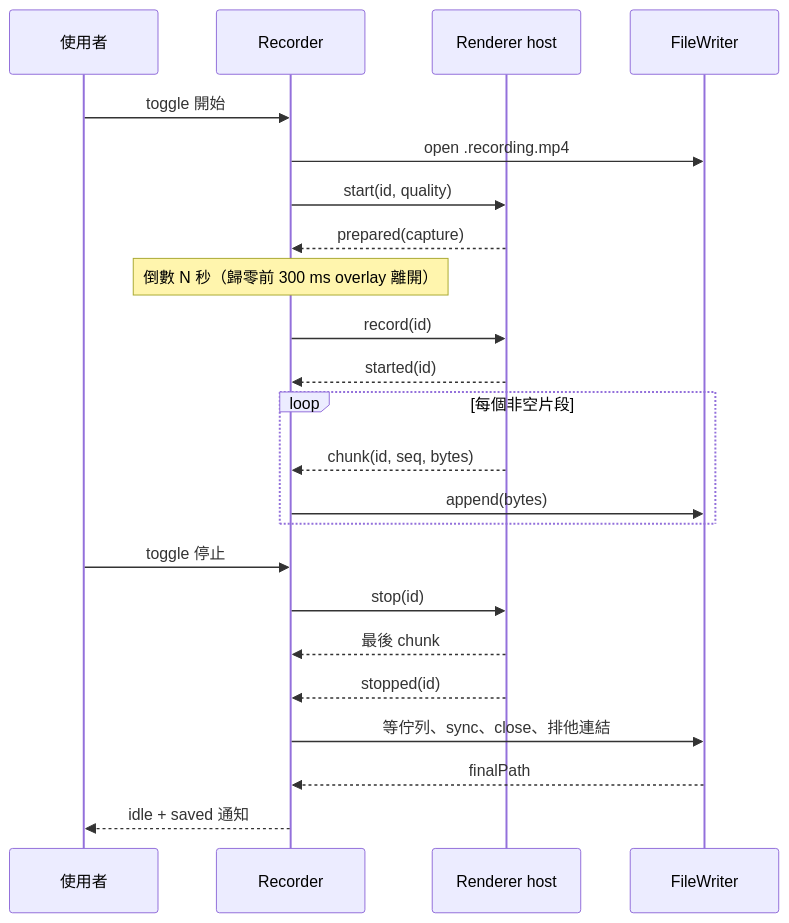
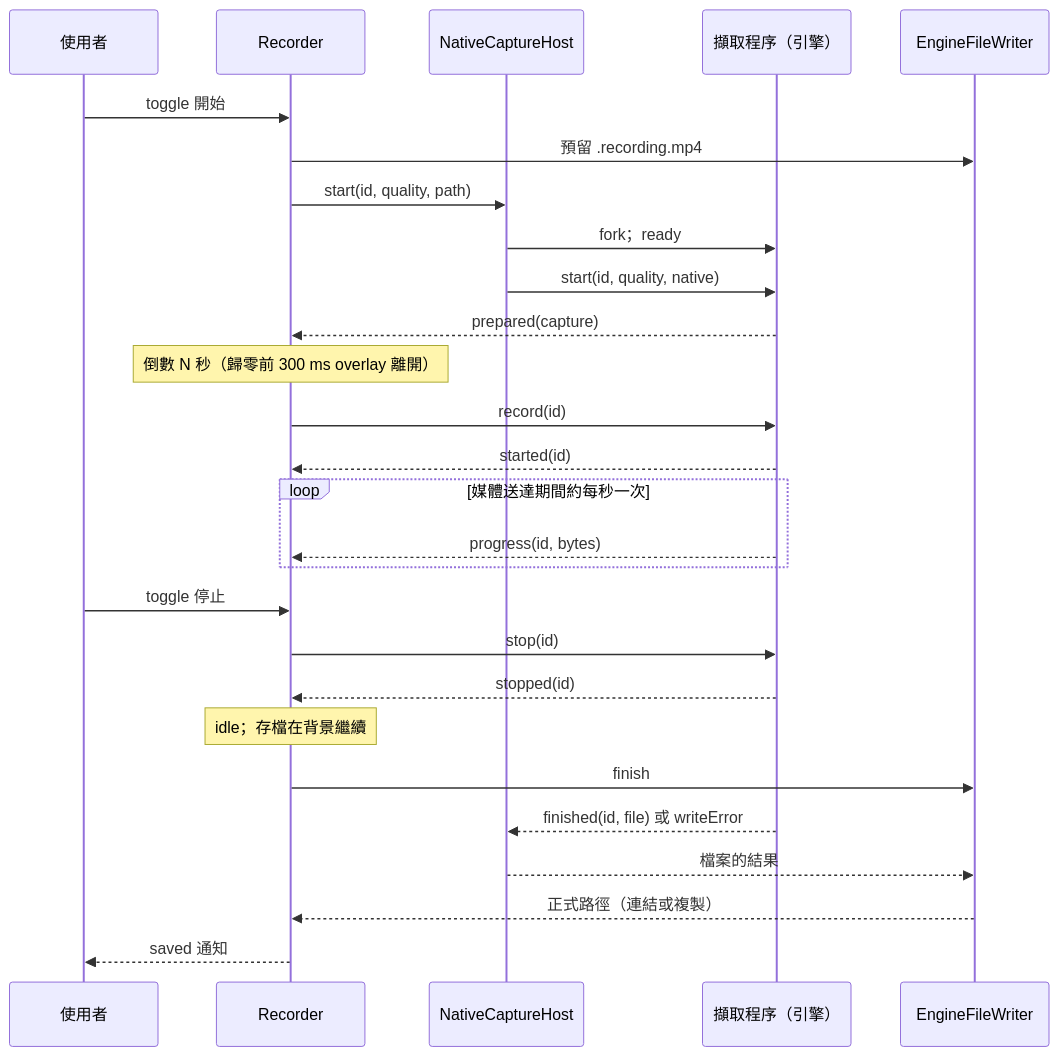
Before and after one commit to EricTsai83/recordstuff: the second of 2 diagrams in docs/zh-TW/system-design/recording.md, drawn with Mermaid. The commit also changed other lines of this file and 51 other files, not shown here.

First line of the commit message:
docs: document the native engine and close plan 076

````diff
--- a/docs/zh-TW/system-design/recording.md
+++ b/docs/zh-TW/system-design/recording.md
@@ -118,25 +139,29 @@
 ```mermaid
 sequenceDiagram
     participant U as 使用者
     participant R as Recorder
-    participant H as Renderer host
-    participant W as FileWriter
+    participant N as NativeCaptureHost
+    participant P as 擷取程序（引擎）
+    participant W as EngineFileWriter
     U->>R: toggle 開始
-    R->>W: open .recording.mp4
-    R->>H: start(id, quality)
-    H-->>R: prepared(capture)
+    R->>W: 預留 .recording.mp4
+    R->>N: start(id, quality, path)
+    N->>P: fork；ready
+    N->>P: start(id, quality, native)
+    P-->>R: prepared(capture)
     Note over R: 倒數 N 秒（歸零前 300 ms overlay 離開）
-    R->>H: record(id)
-    H-->>R: started(id)
-    loop 每個非空片段
-      H-->>R: chunk(id, seq, bytes)
-      R->>W: append(bytes)
+    R->>P: record(id)
+    P-->>R: started(id)
+    loop 媒體送達期間約每秒一次
+      P-->>R: progress(id, bytes)
     end
     U->>R: toggle 停止
-    R->>H: stop(id)
-    H-->>R: 最後 chunk
-    H-->>R: stopped(id)
-    R->>W: 等佇列、sync、close、排他連結
-    W-->>R: finalPath
-    R-->>U: idle + saved 通知
+    R->>P: stop(id)
+    P-->>R: stopped(id)
+    Note over R: idle；存檔在背景繼續
+    R->>W: finish
+    P-->>N: finished(id, file) 或 writeError
+    N-->>W: 檔案的結果
+    W-->>R: 正式路徑（連結或複製）
+    R-->>U: saved 通知
 ```
````
